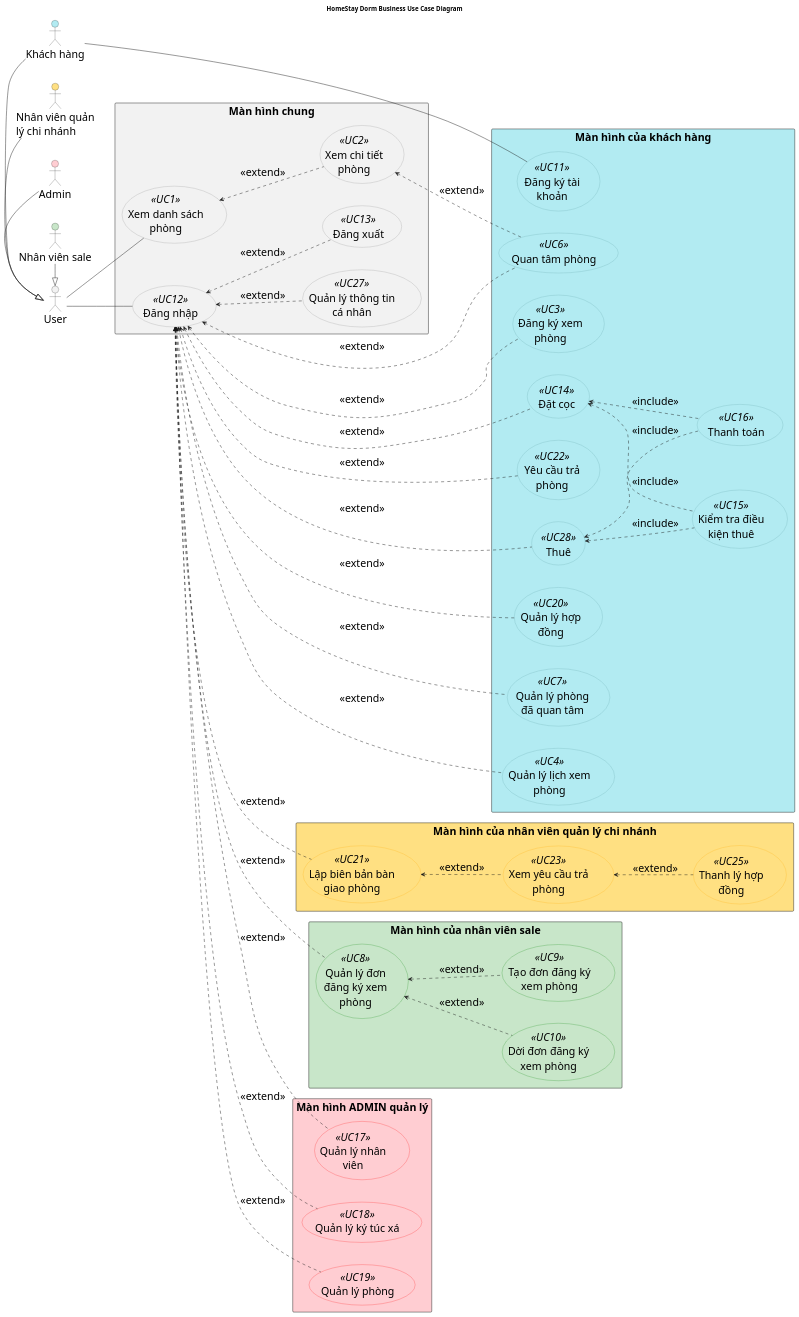
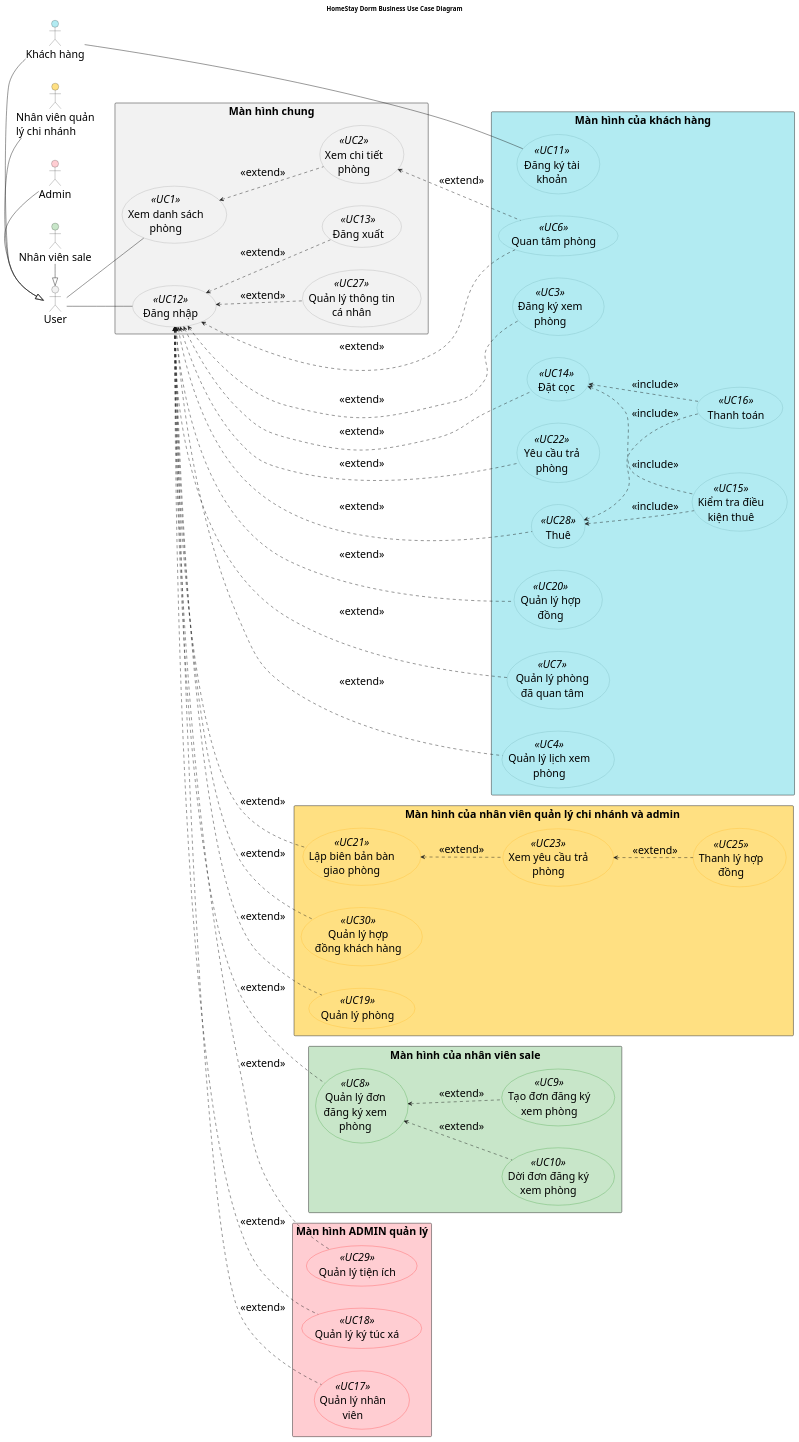
The diagram in doc/system/use-case/Main_UseCaseDiagram.wsd (Gnourt812005/HCMUS-Analyze-and-desgin-IS), drawn with PlantUML before and after one commit. The commit also changed 12 other files, not shown here.

Commit message:
truong/digram: update diagram

```diff
--- a/doc/system/use-case/Main_UseCaseDiagram.wsd
+++ b/doc/system/use-case/Main_UseCaseDiagram.wsd
@@ -1,123 +1,128 @@
 @startuml Main_UseCaseDiagram
 title HomeStay Dorm Business Use Case Diagram
 skinparam packageStyle rectangle
 
 ' --- SETUP LAYOUT ---
 ' skinparam linetype ortho
 ' skinparam nodesep 60
 ' skinparam ranksep 80
 ' skinparam wrapWidth 200
 ' --- STYLE CONFIGURATION ---
 skinparam {
     DefaultFontSize 24
 }
 
 
 skinparam nodesep 50
 skinparam ranksep 60
 skinparam wrapWidth 200
 
 ' Direction
 left to right direction
 
 ' Define B.Actors
 actor "Khách hàng" as customer #B2EBF2
 actor "Nhân viên sale" as employee_sale #C8E6C9
 actor "Nhân viên quản lý chi nhánh" as employee_manager #FFE082
 actor "Admin" as admin #FFCDD2
 actor "User" as user #F2F2F2
 
 customer -|> user
 employee_sale -|> user
 employee_manager -|> user
 admin -|> user
 
 ' Entity Managment Use-case'Họ và tên
 ' Admin Use-case'
 
 rectangle "Màn hình chung" #F2F2F2 {
   usecase "Đăng nhập" as UC_DangNhap <<UC12>> #F2F2F2;line:gray
   usecase "Đăng xuất" as UC_DangXuat <<UC13>> #F2F2F2;line:gray
   usecase "Quản lý thông tin cá nhân" as UC_QuanLyThongTinCaNhan <<UC27>> #F2F2F2;line:gray
   usecase "Xem danh sách phòng" as UC_XemDanhSachPhong <<UC1>> #F2F2F2;line:gray
   usecase "Xem chi tiết phòng" as UC_XemChiTietPhong <<UC2>> #F2F2F2;line:gray
 
   user -- UC_DangNhap
   UC_DangNhap <.. UC_DangXuat: <<extend>>
   UC_DangNhap <.. UC_QuanLyThongTinCaNhan: <<extend>>
   user -- UC_XemDanhSachPhong
   UC_XemDanhSachPhong <.. UC_XemChiTietPhong: <<extend>>
 }
 
-rectangle "Màn hình của nhân viên quản lý chi nhánh" #FFE082 {
+rectangle "Màn hình của nhân viên quản lý chi nhánh và admin " #FFE082 {
   usecase "Lập biên bản bàn giao phòng" as UC_LapBienBanBanGiaoPhong <<UC21>> #FFE082;line:Orange
   usecase "Xem yêu cầu trả phòng" as UC_XemYeuCauTraPhong <<UC23>> #FFE082;line:Orange
   usecase "Thanh lý hợp đồng" as UC_ThanhLyHopDong <<UC25>> #FFE082;line:Orange
+  usecase "Quản lý hợp đồng khách hàng" as UC_QuanLyHopDongKH <<UC30>> #FFE082;line:Orange
+  usecase "Quản lý phòng" as UC_QuanLyPhong <<UC19>> #FFE082;line:Orange
+
 
   UC_DangNhap <.. UC_LapBienBanBanGiaoPhong: <<extend>>
   UC_LapBienBanBanGiaoPhong <.. UC_XemYeuCauTraPhong: <<extend>>
   UC_XemYeuCauTraPhong <.. UC_ThanhLyHopDong: <<extend>>
+  UC_DangNhap <.. UC_QuanLyHopDongKH: <<extend>>
 }
 
 rectangle "Màn hình của nhân viên sale" #C8E6C9 {
   usecase "Quản lý đơn đăng ký xem phòng" as UC_QuanLyDonDangKyXemPhong <<UC8>> #C8E6C9;line:Green
   usecase "Dời đơn đăng ký xem phòng" as UC_DoiDonDangKyXemPhong <<UC10>> #C8E6C9;line:Green
   usecase "Tạo đơn đăng ký xem phòng" as UC_TaoDonDangKyXemPhong <<UC9>> #C8E6C9;line:Green
 
   UC_DangNhap <.. UC_QuanLyDonDangKyXemPhong: <<extend>>
   UC_QuanLyDonDangKyXemPhong <.. UC_DoiDonDangKyXemPhong: <<extend>>
   UC_QuanLyDonDangKyXemPhong <.. UC_TaoDonDangKyXemPhong: <<extend>>
+  UC_DangNhap <.. UC_QuanLyPhong: <<extend>>
 }
 
 ' Customer sub-system'
 rectangle "Màn hình của khách hàng" #B2EBF2 {
   usecase "Đăng ký tài khoản" as UC_DangKy <<UC11>> #B2EBF2;line:CadetBlue
   usecase "Đăng ký xem phòng" as UC_DangKyXemPhong <<UC3>> #B2EBF2;line:CadetBlue
   usecase "Đặt cọc" as UC_DatCoc <<UC14>> #B2EBF2;line:CadetBlue
   usecase "Kiểm tra điều kiện thuê" as UC_KiemTraDieuKienThue <<UC15>> #B2EBF2;line:CadetBlue
 
   usecase "Yêu cầu trả phòng" as UC_YeuCauTraPhong <<UC22>> #B2EBF2;line:CadetBlue
   usecase "Thanh toán" as UC_ThanhToan <<UC16>> #B2EBF2;line:CadetBlue
 
   usecase "Thuê" as UC_Thue <<UC28>> #B2EBF2;line:CadetBlue
   usecase "Quản lý hợp đồng" as UC_QuanLyHopDong <<UC20>> #B2EBF2;line:CadetBlue
   usecase "Quản lý phòng đã quan tâm" as UC_QuanLyPhongDaQuanTam <<UC7>> #B2EBF2;line:CadetBlue
   usecase "Quản lý lịch xem phòng" as UC_QuanLyLichXemPhong <<UC4>> #B2EBF2;line:CadetBlue
   usecase "Quan tâm phòng" as UC_QuanTamPhong <<UC6>> #B2EBF2;line:CadetBlue
 
   customer -- UC_DangKy
 
   UC_DangNhap <.. UC_DatCoc: <<extend>>
   UC_DatCoc <.. UC_KiemTraDieuKienThue: <<include>>
   UC_DatCoc <.. UC_ThanhToan: <<include>>
 
   UC_DangNhap <.. UC_Thue: <<extend>>
   UC_Thue <.. UC_ThanhToan: <<include>>
   UC_Thue <.. UC_KiemTraDieuKienThue: <<include>>
 
   UC_DangNhap <.. UC_YeuCauTraPhong: <<extend>>
   UC_DangNhap <.. UC_QuanLyHopDong: <<extend>>
   UC_DangNhap <.. UC_QuanLyPhongDaQuanTam: <<extend>>
   UC_DangNhap <.. UC_QuanLyLichXemPhong: <<extend>>
   UC_DangNhap <.. UC_DangKyXemPhong: <<extend>>
   UC_DangNhap <.. UC_QuanTamPhong: <<extend>>
   UC_XemChiTietPhong <.. UC_QuanTamPhong: <<extend>>
 }
 
 ' usecase "Xử lý nhận phòng" as UC_XuLyNhanPhong
 
 ' usecase "Tính khoản hoàn cọc và khấu trừ" as UC_TinhHoanCocKhauTru
 
 ' Actor - Main Use Cases Associations
 
 rectangle "Màn hình ADMIN quản lý" #FFCDD2 {
   usecase "Quản lý ký túc xá" as UC_QuanLyKyTucXa <<UC18>> #FFCDD2;line:Red
-  usecase "Quản lý phòng" as UC_QuanLyPhong <<UC19>> #FFCDD2;line:Red
   usecase "Quản lý nhân viên" as UC_QuanLyNhanVien <<UC17>> #FFCDD2;line:Red
+  usecase "Quản lý tiện ích" as UC_QuanLyTienIch <<UC29>> #FFCDD2;line:Red
 
   UC_DangNhap <.. UC_QuanLyKyTucXa: <<extend>>
-  UC_DangNhap <.. UC_QuanLyPhong: <<extend>>
   UC_DangNhap <.. UC_QuanLyNhanVien: <<extend>>
+  UC_DangNhap <.. UC_QuanLyTienIch: <<extend>>
 }
 
 @enduml
```
